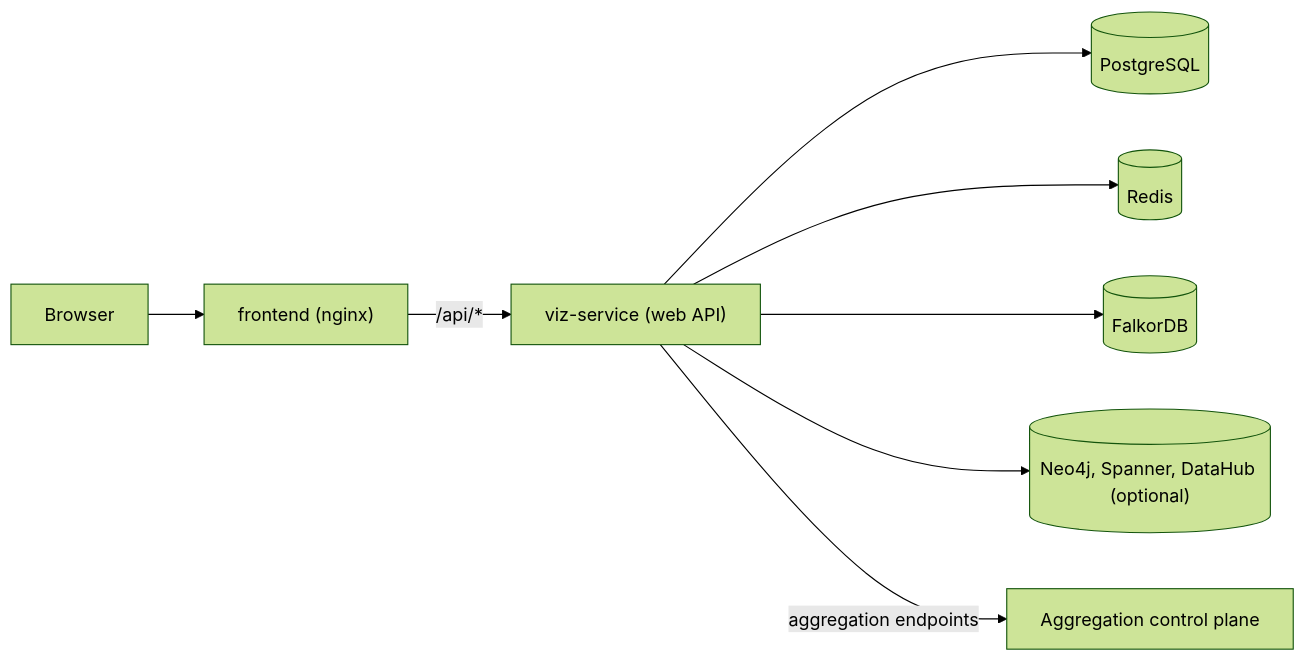
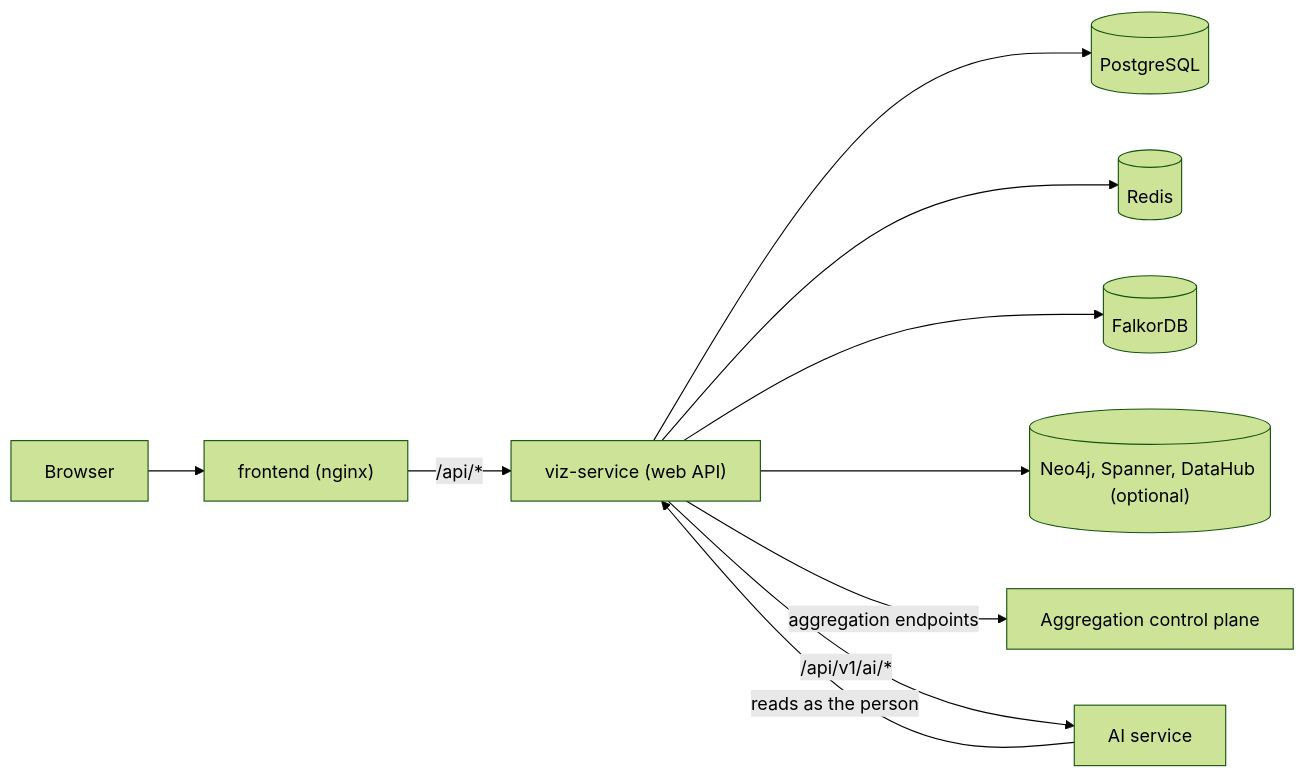
One commit to rkrumins/dataviz changed the first of 5 diagrams in docs/ARCHITECTURE.md. Above: the diagram before and after it, drawn with Mermaid (forest theme). The commit also changed other lines of this file and 19 other files, not shown here.

````diff
--- a/docs/ARCHITECTURE.md
+++ b/docs/ARCHITECTURE.md
@@ -30,10 +30,12 @@
 ```mermaid
 flowchart LR
     B["Browser"] --> FE["frontend (nginx)"]
     FE -->|"/api/*"| API["viz-service (web API)"]
     API --> PG[("PostgreSQL")]
     API --> RD[("Redis")]
     API --> FDB[("FalkorDB")]
     API --> EXT[("Neo4j, Spanner, DataHub (optional)")]
     API -->|"aggregation endpoints"| CP["Aggregation control plane"]
+    API -->|"/api/v1/ai/*"| AI["AI service"]
+    AI -->|"reads as the person"| API
 ```
````
